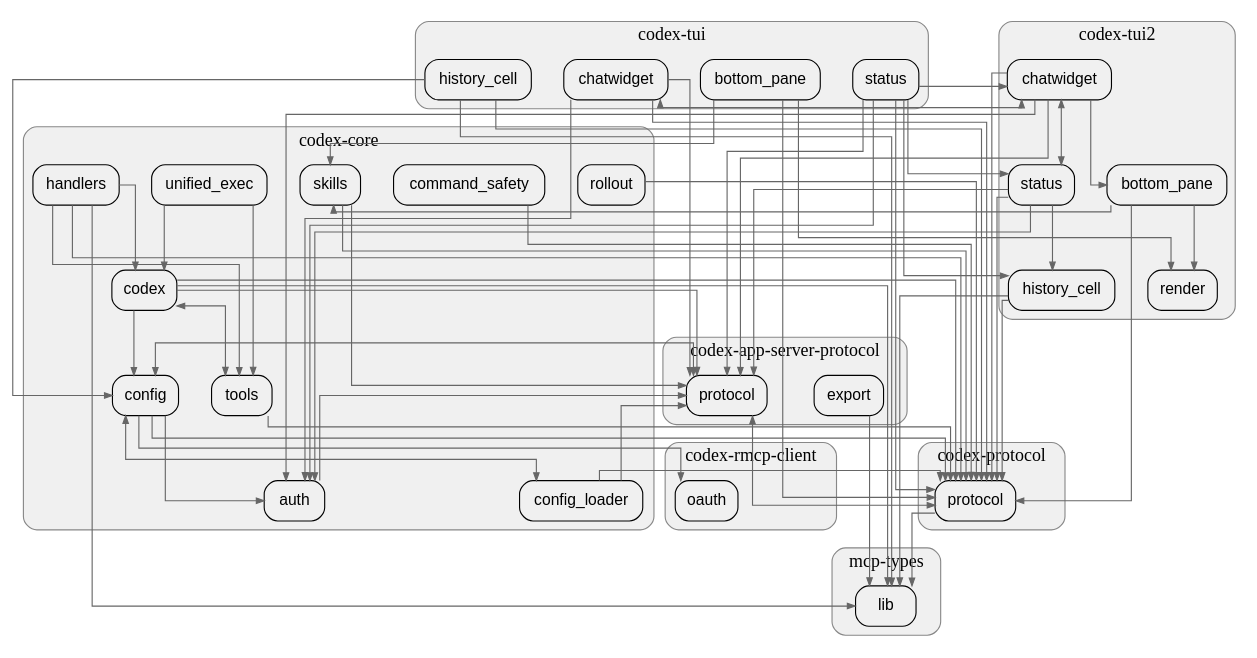
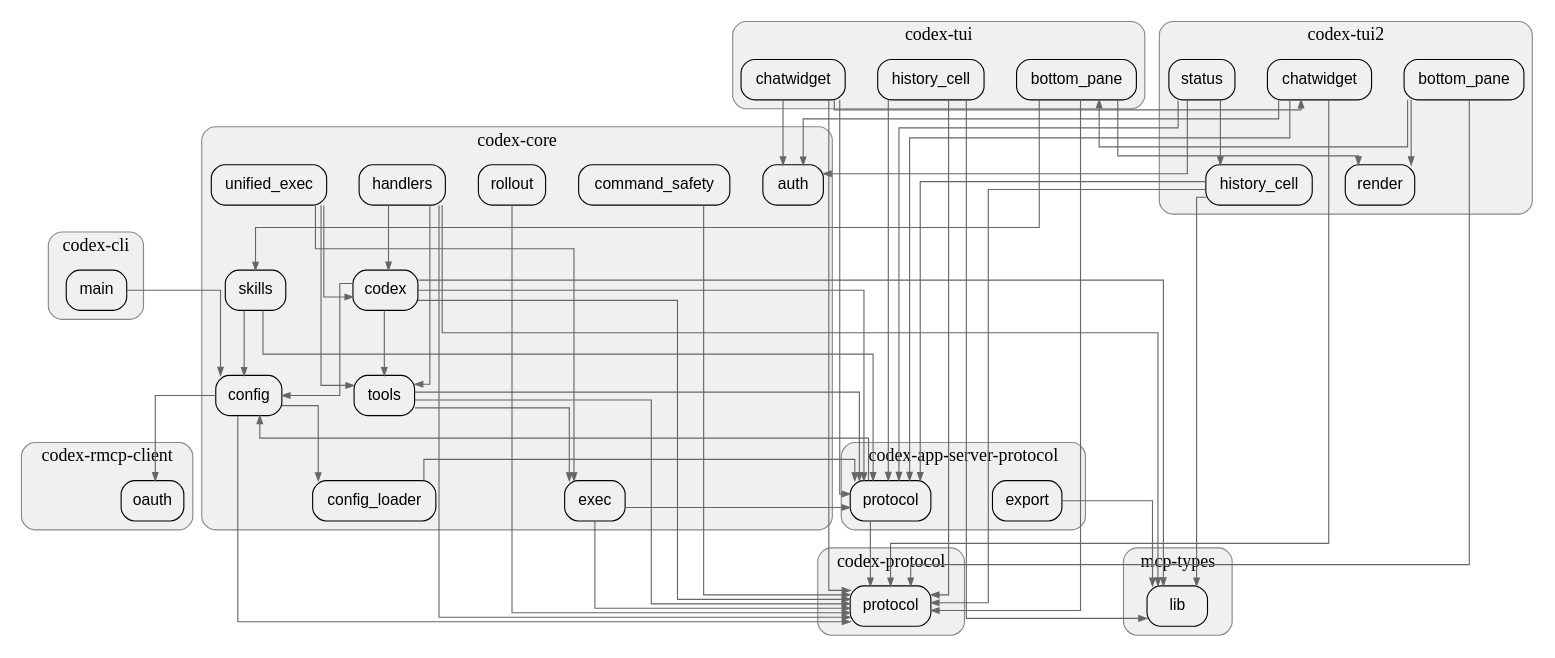
One commit to allenanswerzq/llmcc changed the diagram in sample/rust/codex-pagerank/depth_2_module.dot. Above: the diagram before and after it, drawn with Graphviz. The commit also changed 237 other files, not shown here.

```diff
--- a/sample/rust/codex-pagerank/depth_2_module.dot
+++ b/sample/rust/codex-pagerank/depth_2_module.dot
@@ -1,161 +1,165 @@
 digraph architecture {
   // Layout settings
   rankdir=TB;
   ranksep=0.8;
   nodesep=0.4;
   splines=ortho;
   concentrate=true;
 
   node [shape=box, style="rounded,filled", fillcolor="#f0f0f0", fontname="Helvetica"];
   edge [color="#666666", arrowsize=0.7];
 
   labelloc=t;
   fontsize=16;
   fontname="Helvetica Bold";
 
   subgraph cluster_codex_app_server_protocol {
     label="codex-app-server-protocol";
     style=rounded;
     color="#888888";
     bgcolor="#f0f0f0";
     fontname="Helvetica Bold";
 
     mod_codex_app_server_protocol_export[label="export"];
     mod_codex_app_server_protocol_protocol[label="protocol"];
   }
 
+  subgraph cluster_codex_cli {
+    label="codex-cli";
+    style=rounded;
+    color="#888888";
+    bgcolor="#f0f0f0";
+    fontname="Helvetica Bold";
+
+    mod_codex_cli_main[label="main"];
+  }
+
   subgraph cluster_codex_core {
     label="codex-core";
     style=rounded;
     color="#888888";
     bgcolor="#f0f0f0";
     fontname="Helvetica Bold";
 
     mod_codex_core_auth[label="auth"];
     mod_codex_core_codex[label="codex"];
     mod_codex_core_command_safety[label="command_safety"];
     mod_codex_core_config[label="config"];
     mod_codex_core_config_loader[label="config_loader"];
+    mod_codex_core_exec[label="exec"];
     mod_codex_core_handlers[label="handlers"];
     mod_codex_core_rollout[label="rollout"];
     mod_codex_core_skills[label="skills"];
     mod_codex_core_tools[label="tools"];
     mod_codex_core_unified_exec[label="unified_exec"];
   }
 
   subgraph cluster_codex_protocol {
     label="codex-protocol";
     style=rounded;
     color="#888888";
     bgcolor="#f0f0f0";
     fontname="Helvetica Bold";
 
     mod_codex_protocol_protocol[label="protocol"];
   }
 
   subgraph cluster_codex_rmcp_client {
     label="codex-rmcp-client";
     style=rounded;
     color="#888888";
     bgcolor="#f0f0f0";
     fontname="Helvetica Bold";
 
     mod_codex_rmcp_client_oauth[label="oauth"];
   }
 
   subgraph cluster_codex_tui {
     label="codex-tui";
     style=rounded;
     color="#888888";
     bgcolor="#f0f0f0";
     fontname="Helvetica Bold";
 
     mod_codex_tui_bottom_pane[label="bottom_pane"];
     mod_codex_tui_chatwidget[label="chatwidget"];
     mod_codex_tui_history_cell[label="history_cell"];
-    mod_codex_tui_status[label="status"];
   }
 
   subgraph cluster_codex_tui2 {
     label="codex-tui2";
     style=rounded;
     color="#888888";
     bgcolor="#f0f0f0";
     fontname="Helvetica Bold";
 
     mod_codex_tui2_bottom_pane[label="bottom_pane"];
     mod_codex_tui2_chatwidget[label="chatwidget"];
     mod_codex_tui2_history_cell[label="history_cell"];
     mod_codex_tui2_render[label="render"];
     mod_codex_tui2_status[label="status"];
   }
 
   subgraph cluster_mcp_types {
     label="mcp-types";
     style=rounded;
     color="#888888";
     bgcolor="#f0f0f0";
     fontname="Helvetica Bold";
 
     mod_mcp_types_lib[label="lib"];
   }
 
 
   mod_codex_app_server_protocol_export -> mod_mcp_types_lib;
-  mod_codex_app_server_protocol_protocol -> mod_codex_core_config [dir=both]; // dir best-effort not accurate
-  mod_codex_app_server_protocol_protocol -> mod_codex_protocol_protocol [dir=both]; // dir best-effort not accurate
-  mod_codex_core_auth -> mod_codex_app_server_protocol_protocol;
+  mod_codex_app_server_protocol_protocol -> mod_codex_core_config;
+  mod_codex_app_server_protocol_protocol -> mod_codex_protocol_protocol;
+  mod_codex_cli_main -> mod_codex_core_config;
   mod_codex_core_codex -> mod_codex_app_server_protocol_protocol;
   mod_codex_core_codex -> mod_codex_core_config;
-  mod_codex_core_codex -> mod_codex_core_tools [dir=both]; // dir best-effort not accurate
+  mod_codex_core_codex -> mod_codex_core_tools;
   mod_codex_core_codex -> mod_codex_protocol_protocol;
   mod_codex_core_codex -> mod_mcp_types_lib;
   mod_codex_core_command_safety -> mod_codex_protocol_protocol;
-  mod_codex_core_config -> mod_codex_core_auth;
-  mod_codex_core_config -> mod_codex_core_config_loader [dir=both]; // dir best-effort not accurate
+  mod_codex_core_config -> mod_codex_core_config_loader;
   mod_codex_core_config -> mod_codex_protocol_protocol;
   mod_codex_core_config -> mod_codex_rmcp_client_oauth;
   mod_codex_core_config_loader -> mod_codex_app_server_protocol_protocol;
-  mod_codex_core_config_loader -> mod_codex_protocol_protocol;
+  mod_codex_core_exec -> mod_codex_app_server_protocol_protocol;
+  mod_codex_core_exec -> mod_codex_protocol_protocol;
   mod_codex_core_handlers -> mod_codex_core_codex;
   mod_codex_core_handlers -> mod_codex_core_tools;
   mod_codex_core_handlers -> mod_codex_protocol_protocol;
   mod_codex_core_handlers -> mod_mcp_types_lib;
   mod_codex_core_rollout -> mod_codex_protocol_protocol;
   mod_codex_core_skills -> mod_codex_app_server_protocol_protocol;
-  mod_codex_core_skills -> mod_codex_protocol_protocol;
+  mod_codex_core_skills -> mod_codex_core_config;
+  mod_codex_core_tools -> mod_codex_app_server_protocol_protocol;
+  mod_codex_core_tools -> mod_codex_core_exec;
   mod_codex_core_tools -> mod_codex_protocol_protocol;
   mod_codex_core_unified_exec -> mod_codex_core_codex;
+  mod_codex_core_unified_exec -> mod_codex_core_exec;
   mod_codex_core_unified_exec -> mod_codex_core_tools;
-  mod_codex_protocol_protocol -> mod_mcp_types_lib;
-  mod_codex_tui2_bottom_pane -> mod_codex_core_skills;
   mod_codex_tui2_bottom_pane -> mod_codex_protocol_protocol;
   mod_codex_tui2_bottom_pane -> mod_codex_tui2_render;
+  mod_codex_tui2_bottom_pane -> mod_codex_tui_bottom_pane;
   mod_codex_tui2_chatwidget -> mod_codex_app_server_protocol_protocol;
   mod_codex_tui2_chatwidget -> mod_codex_core_auth;
   mod_codex_tui2_chatwidget -> mod_codex_protocol_protocol;
-  mod_codex_tui2_chatwidget -> mod_codex_tui2_bottom_pane;
-  mod_codex_tui2_chatwidget -> mod_codex_tui2_status [dir=both]; // dir best-effort not accurate
-  mod_codex_tui2_chatwidget -> mod_codex_tui_chatwidget [dir=both]; // dir best-effort not accurate
+  mod_codex_tui2_history_cell -> mod_codex_app_server_protocol_protocol;
   mod_codex_tui2_history_cell -> mod_codex_protocol_protocol;
   mod_codex_tui2_history_cell -> mod_mcp_types_lib;
   mod_codex_tui2_status -> mod_codex_app_server_protocol_protocol;
   mod_codex_tui2_status -> mod_codex_core_auth;
-  mod_codex_tui2_status -> mod_codex_protocol_protocol;
   mod_codex_tui2_status -> mod_codex_tui2_history_cell;
   mod_codex_tui_bottom_pane -> mod_codex_core_skills;
   mod_codex_tui_bottom_pane -> mod_codex_protocol_protocol;
   mod_codex_tui_bottom_pane -> mod_codex_tui2_render;
   mod_codex_tui_chatwidget -> mod_codex_app_server_protocol_protocol;
   mod_codex_tui_chatwidget -> mod_codex_core_auth;
   mod_codex_tui_chatwidget -> mod_codex_protocol_protocol;
-  mod_codex_tui_history_cell -> mod_codex_core_config;
+  mod_codex_tui_chatwidget -> mod_codex_tui2_chatwidget;
+  mod_codex_tui_history_cell -> mod_codex_app_server_protocol_protocol;
   mod_codex_tui_history_cell -> mod_codex_protocol_protocol;
   mod_codex_tui_history_cell -> mod_mcp_types_lib;
-  mod_codex_tui_status -> mod_codex_app_server_protocol_protocol;
-  mod_codex_tui_status -> mod_codex_core_auth;
-  mod_codex_tui_status -> mod_codex_protocol_protocol;
-  mod_codex_tui_status -> mod_codex_tui2_chatwidget;
-  mod_codex_tui_status -> mod_codex_tui2_history_cell;
-  mod_codex_tui_status -> mod_codex_tui2_status;
 }
```
